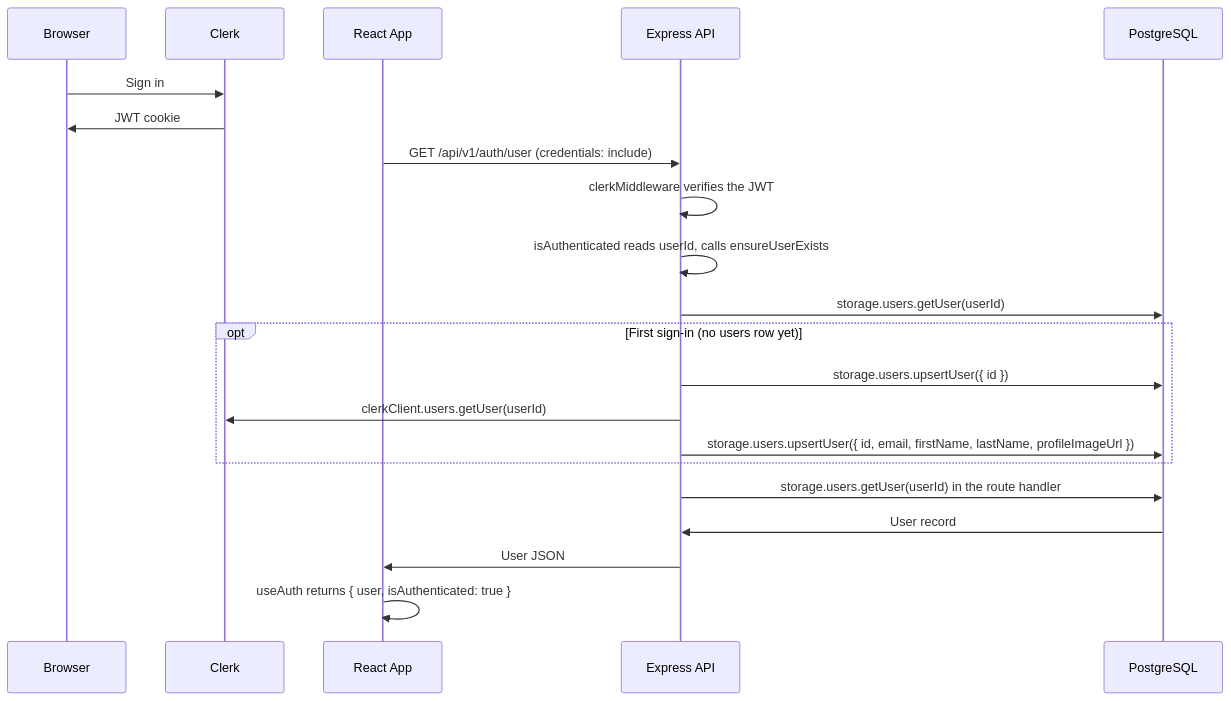
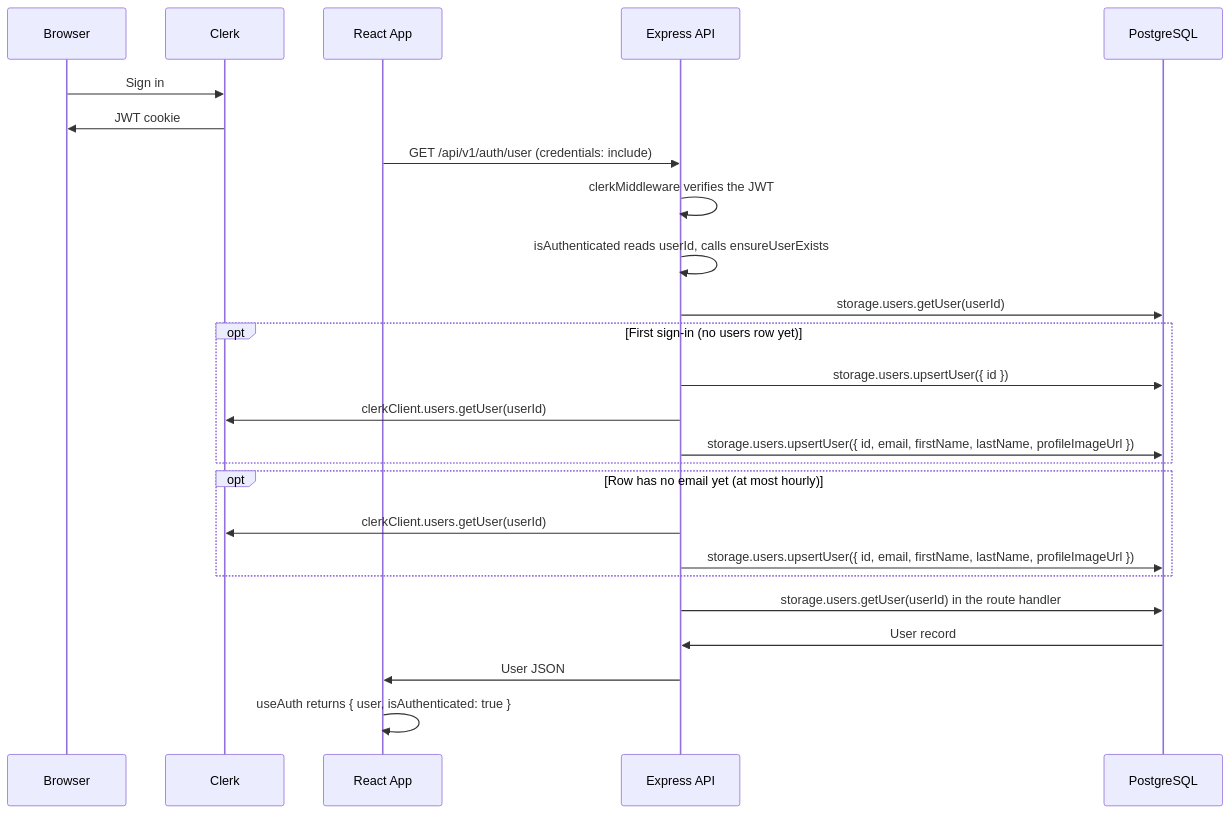
Before and after one commit to daler91/Hyrox-Companion: the diagram in docs/authentication.md, drawn with Mermaid. The commit also changed other lines of this file and 2 other files, not shown here.

Commit message:
fix(auth): fetch the Clerk profile again while a row has no email
ensureUserExists fetched the Clerk profile only when it created the
users row. A Clerk outage or timeout at first sign-in left the row
without an email for good, and every email notification skipped that
athlete (getUsersWithEmailNotifications requires one).

An existing row with no email now gets its profile fetched again, at
most once an hour per athlete. The slot is claimed in
server_runtime_cache so replicas share it, with a capped per-process
map in front (used alone under NODE_ENV=test). A failed claim skips the
retry; the next window recovers. Rows that have an email are untouched,
so later changes in Clerk are still not copied.

Tech debt #42.

Claude-Session: https://claude.ai/code/session_019h95ExgSqWfKbmoyevVEdq

````diff
--- a/docs/authentication.md
+++ b/docs/authentication.md
@@ -73,24 +73,28 @@
 ```mermaid
 sequenceDiagram
     participant Browser
     participant Clerk
     participant React as React App
     participant API as Express API
     participant DB as PostgreSQL
     
     Browser->>Clerk: Sign in
     Clerk->>Browser: JWT cookie
     React->>API: GET /api/v1/auth/user (credentials: include)
     API->>API: clerkMiddleware verifies the JWT
     API->>API: isAuthenticated reads userId, calls ensureUserExists
     API->>DB: storage.users.getUser(userId)
     opt First sign-in (no users row yet)
         API->>DB: storage.users.upsertUser({ id })
         API->>Clerk: clerkClient.users.getUser(userId)
         API->>DB: storage.users.upsertUser({ id, email, firstName, lastName, profileImageUrl })
     end
+    opt Row has no email yet (at most hourly)
+        API->>Clerk: clerkClient.users.getUser(userId)
+        API->>DB: storage.users.upsertUser({ id, email, firstName, lastName, profileImageUrl })
+    end
     API->>DB: storage.users.getUser(userId) in the route handler
     DB->>API: User record
     API->>React: User JSON
     React->>React: useAuth returns { user, isAuthenticated: true }
 ```
````
